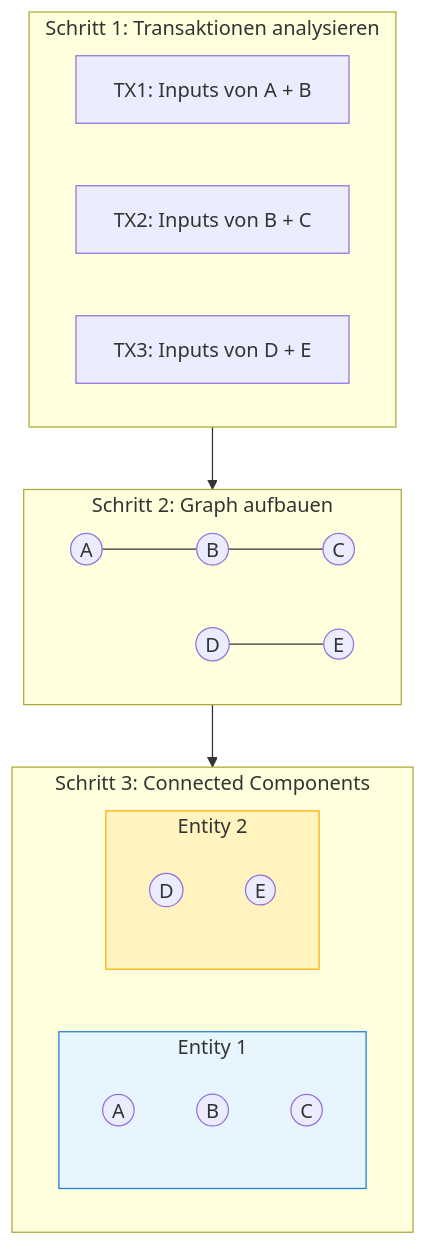
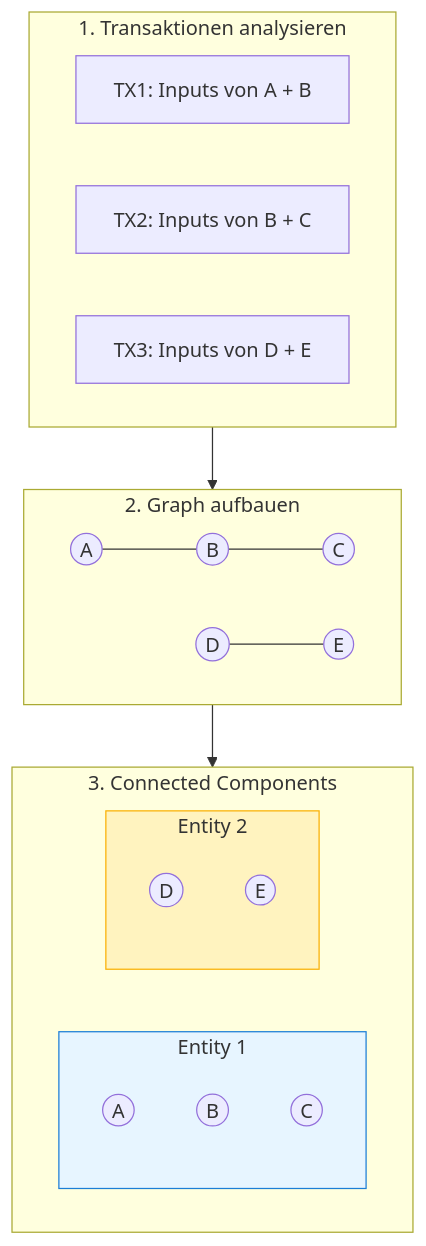
One commit to RomanRnlt/bitcoin-whale-intelligence changed the third of 6 diagrams in docs/SIMPLE_EXPLANATION.md. Above: the diagram before and after it, drawn with Mermaid. The commit also changed other lines of this file and 4 other files, not shown here.

````diff
--- a/docs/SIMPLE_EXPLANATION.md
+++ b/docs/SIMPLE_EXPLANATION.md
@@ -187,31 +91,31 @@
 ```mermaid
 flowchart TB
-    subgraph step1["Schritt 1: Transaktionen analysieren"]
+    subgraph step1["1. Transaktionen analysieren"]
         TX1["TX1: Inputs von A + B"]
         TX2["TX2: Inputs von B + C"]
         TX3["TX3: Inputs von D + E"]
     end
 
-    subgraph step2["Schritt 2: Graph aufbauen"]
+    subgraph step2["2. Graph aufbauen"]
         A((A)) --- B((B))
         B --- C((C))
         D((D)) --- E((E))
     end
 
-    subgraph step3["Schritt 3: Connected Components"]
+    subgraph step3["3. Connected Components"]
         subgraph entity1["Entity 1"]
             A2((A))
             B2((B))
             C2((C))
         end
         subgraph entity2["Entity 2"]
             D2((D))
             E2((E))
         end
     end
 
     step1 --> step2 --> step3
 
     style entity1 fill:#e7f5ff,stroke:#1c7ed6
     style entity2 fill:#fff3bf,stroke:#fab005
 ```
````
